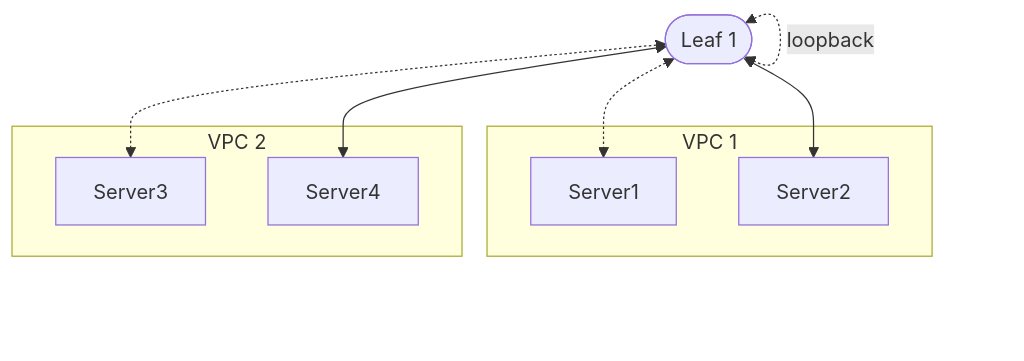
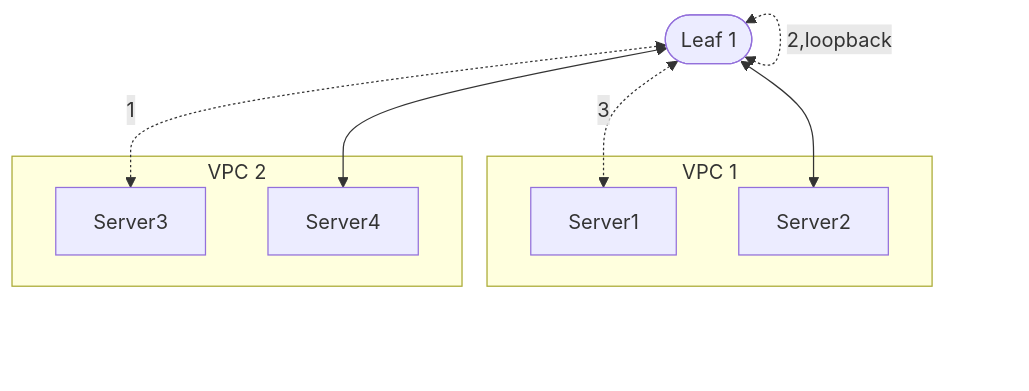
Before and after one commit to githedgehog/docs: the fourth of 5 diagrams in docs/install-upgrade/build-wiring.md, drawn with Mermaid. The commit also changed other lines of this file, not shown here.

Commit message:
less lines, same diagram

````diff
--- a/docs/install-upgrade/build-wiring.md
+++ b/docs/install-upgrade/build-wiring.md
@@ -217,25 +211,27 @@
 ``` mermaid
-flowchart TD
+graph TD
+
     L1([Leaf 1])
     S1[Server1]
     S2[Server2]
     S3[Server3]
     S4[Server4]
 
-    L1 <-.loopback.-> L1;
-    L1 <-.-> S1;
-    L1 <--> S2;
-    L1 <-.-> S3;
-    L1 <--> S4;
-
+    L1 <-.2,loopback.-> L1;
+    L1 <-.3.-> S1;
+    L1 <--> S2 & S4;
+    L1 <-.1.-> S3;
 
     subgraph VPC 1
     S1
     S2
     end
 
     subgraph VPC 2
     S3
     S4
     end
+
+
+
 ```
````
